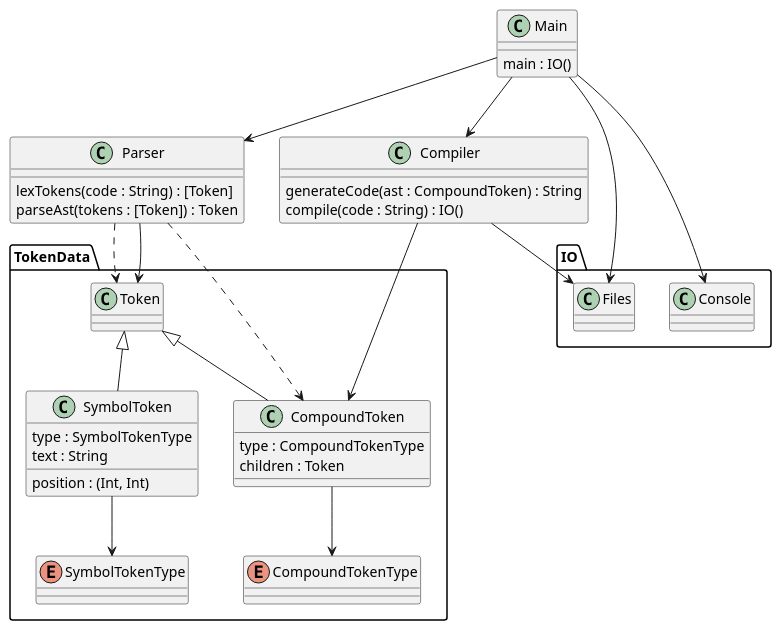
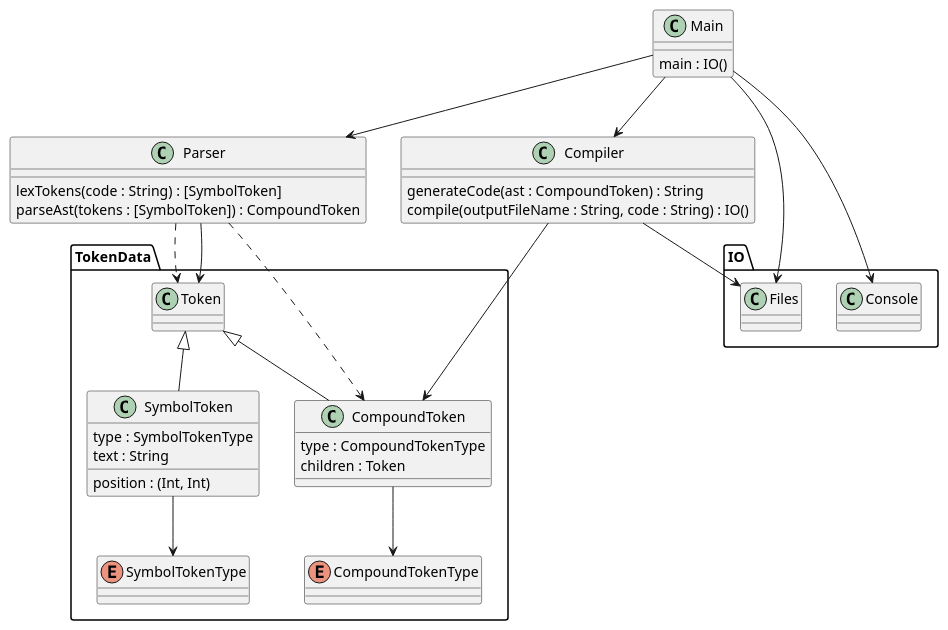
One commit to blueOkiris/kiss-lang changed the diagram in docs/domain.plantuml. Above: the diagram before and after it, drawn with PlantUML. The commit also changed 7 other files, not shown here.

```diff
--- a/docs/domain.plantuml
+++ b/docs/domain.plantuml
@@ -1,56 +1,56 @@
 @startuml kiss-lang-domain
 
 namespace TokenData {
     class Token
     
     class SymbolToken {
         type : SymbolTokenType
         text : String
         position : (Int, Int)
     }
 
     class CompoundToken {
         type : CompoundTokenType
         children : Token
     }
     
     enum SymbolTokenType
     enum CompoundTokenType
     
     SymbolToken -u-|> Token
     CompoundToken -u-|> Token
     SymbolToken --> SymbolTokenType
     CompoundToken --> CompoundTokenType
 }
 
 class Parser {
-    lexTokens(code : String) : [Token]
-    parseAst(tokens : [Token]) : Token
+    lexTokens(code : String) : [SymbolToken]
+    parseAst(tokens : [SymbolToken]) : CompoundToken
 }
 
 class Compiler {
     generateCode(ast : CompoundToken) : String
-    compile(code : String) : IO()
+    compile(outputFileName : String, code : String) : IO()
 }
 
 namespace IO {
     class Files
     class Console
 }
 
 class Main {
     main : IO()
 }
 
 Compiler --> IO.Files
 Compiler --> TokenData.CompoundToken
 Parser ..> TokenData.Token
 Parser --> TokenData.Token
 Parser ..> TokenData.CompoundToken
 
 Main --> Compiler
 Main --> Parser
 Main --> IO.Files
 Main --> IO.Console
 
 @enduml
```
